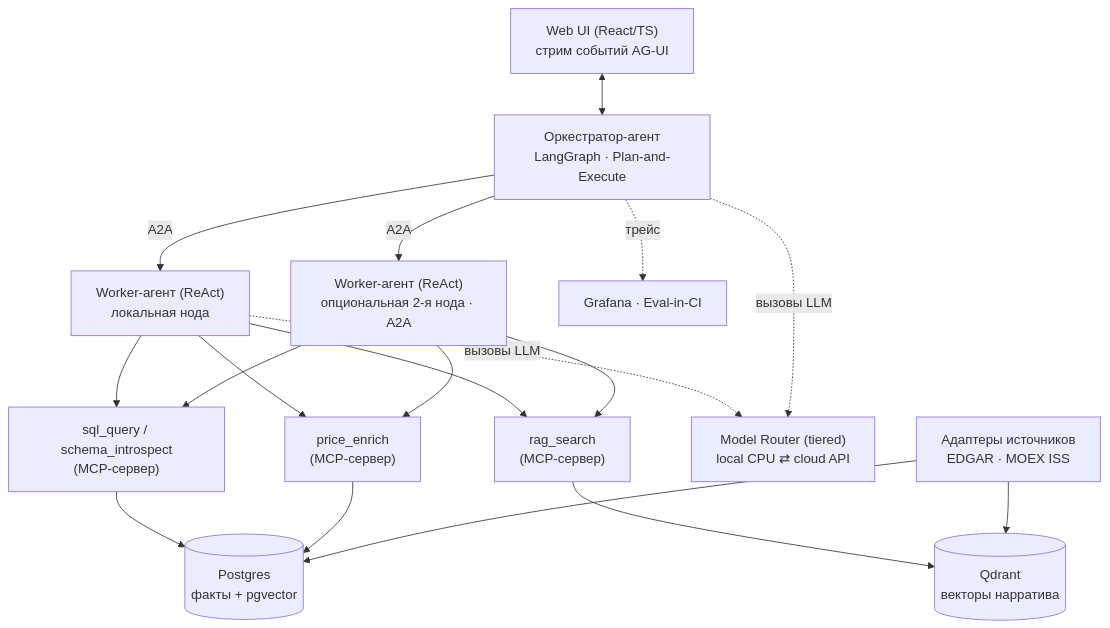
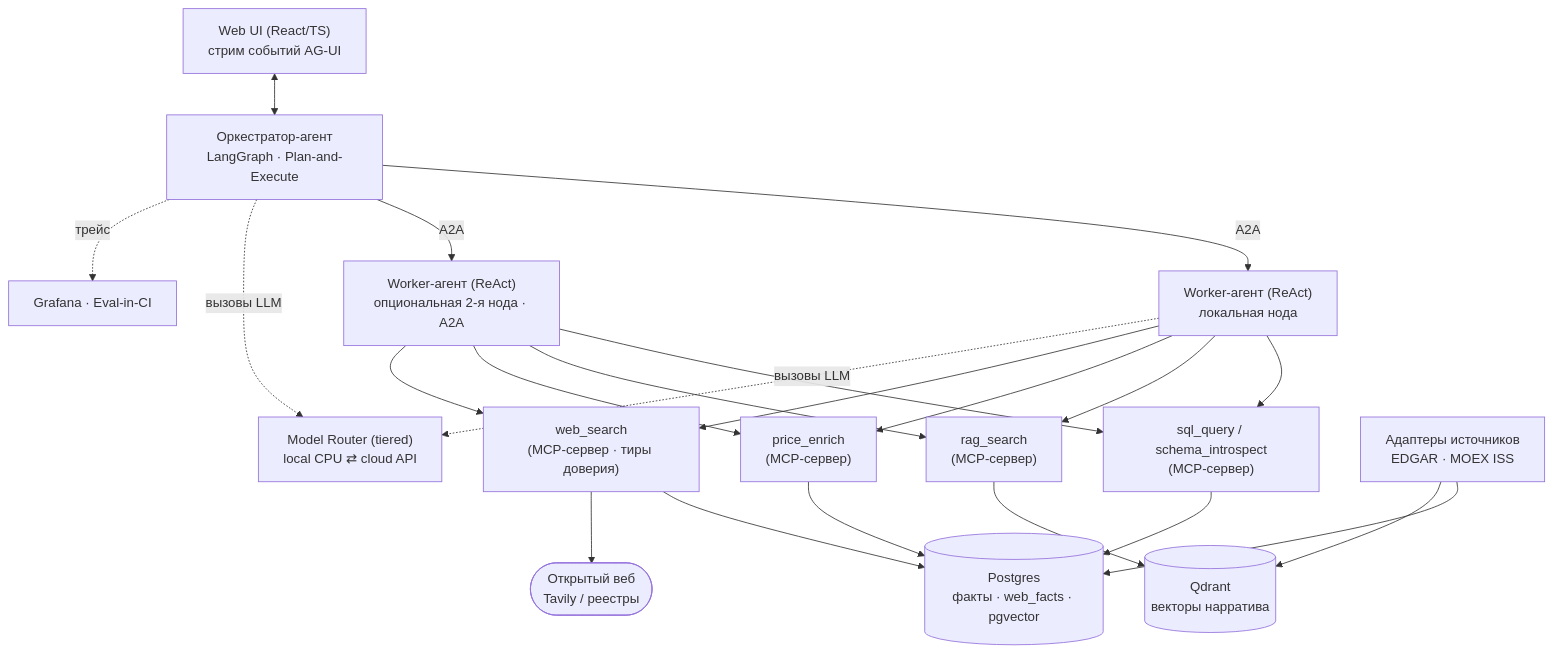
One commit to zzlawlzz/ledgerlens changed the diagram in README.ru.md. Above: the diagram before and after it, drawn with Mermaid. The commit also changed other lines of this file and 1 other file, not shown here.

````diff
--- a/README.ru.md
+++ b/README.ru.md
@@ -27,28 +35,31 @@
 ```mermaid
 flowchart TB
     UI["Web UI (React/TS)<br/>стрим событий AG-UI"]
     ORCH["Оркестратор-агент<br/>LangGraph · Plan-and-Execute"]
     W1["Worker-агент (ReAct)<br/>локальная нода"]
     W2["Worker-агент (ReAct)<br/>опциональная 2-я нода · A2A"]
     SQL["sql_query / schema_introspect<br/>(MCP-сервер)"]
     RAG["rag_search<br/>(MCP-сервер)"]
     ENR["price_enrich<br/>(MCP-сервер)"]
+    WEB["web_search<br/>(MCP-сервер · тиры доверия)"]
     ROUTER["Model Router (tiered)<br/>local CPU ⇄ cloud API"]
-    PG[("Postgres<br/>факты + pgvector")]
+    PG[("Postgres<br/>факты · web_facts · pgvector")]
     QD[("Qdrant<br/>векторы нарратива")]
     ADP["Адаптеры источников<br/>EDGAR · MOEX ISS"]
+    WEBSRC(["Открытый веб<br/>Tavily / реестры"])
     OBS["Grafana · Eval-in-CI"]
 
     UI <--> ORCH
     ORCH -- A2A --> W1
     ORCH -- A2A --> W2
-    W1 --> SQL & RAG & ENR
-    W2 --> SQL & RAG & ENR
+    W1 --> SQL & RAG & ENR & WEB
+    W2 --> SQL & RAG & ENR & WEB
     W1 -. вызовы LLM .-> ROUTER
     ORCH -. вызовы LLM .-> ROUTER
     SQL --> PG
     RAG --> QD
     ENR --> PG
+    WEB --> PG & WEBSRC
     ADP --> PG & QD
     ORCH -. трейс .-> OBS
 ```
````
